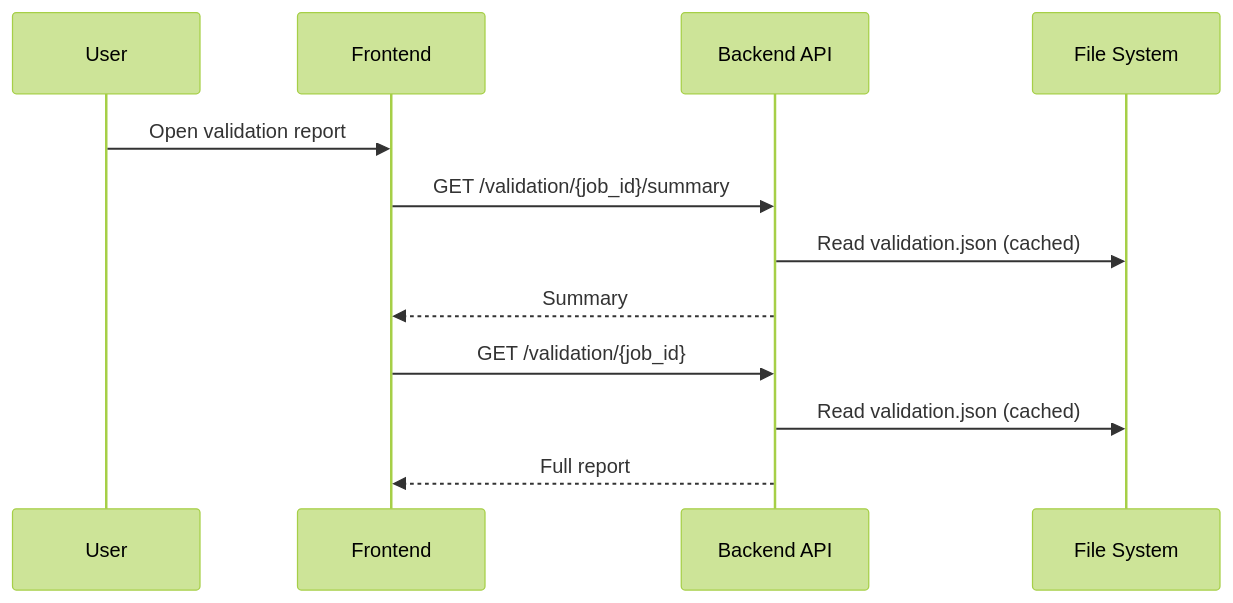
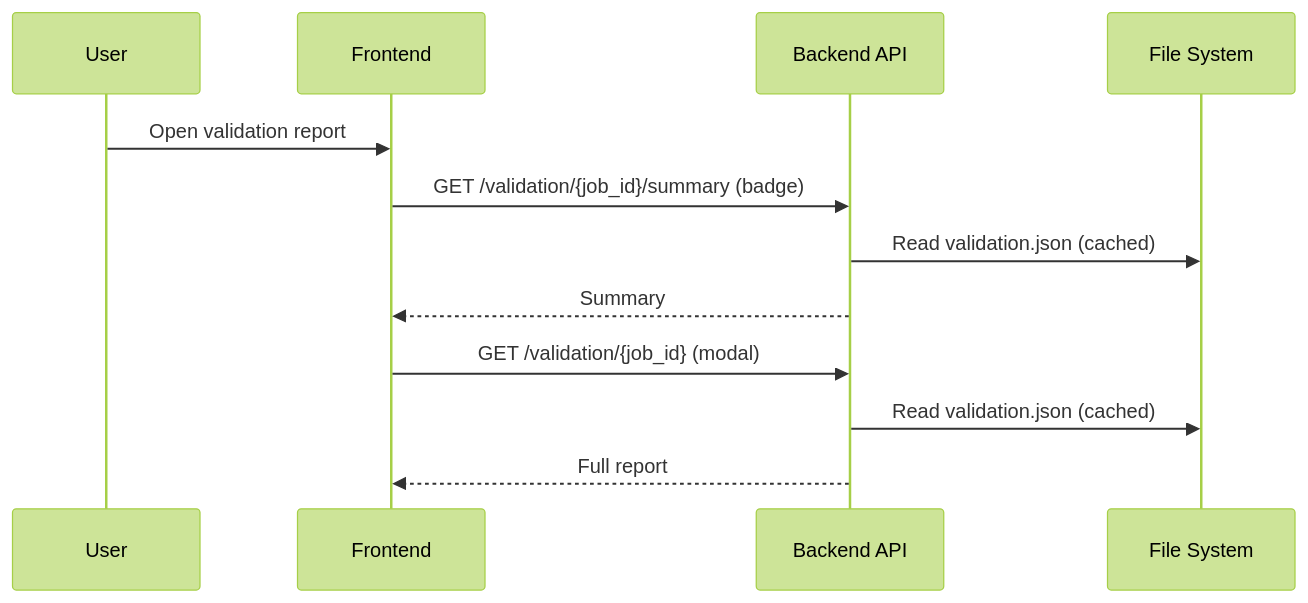
One commit to Naveendinula/DigitalTwin changed the eighth of 8 diagrams in SYSTEM_MAP.md. Above: the diagram before and after it, drawn with Mermaid (forest theme). The commit also changed 5 other files, not shown here.

First line of the commit message:
Improve button and modal styles, update docs for validation

````diff
--- a/SYSTEM_MAP.md
+++ b/SYSTEM_MAP.md
@@ -242,15 +242,15 @@
 ```mermaid
 sequenceDiagram
     participant User
     participant UI as Frontend
     participant API as Backend API
     participant FS as File System
 
     User->>UI: Open validation report
-    UI->>API: GET /validation/{job_id}/summary
+    UI->>API: GET /validation/{job_id}/summary (badge)
     API->>FS: Read validation.json (cached)
     API-->>UI: Summary
-    UI->>API: GET /validation/{job_id}
+    UI->>API: GET /validation/{job_id} (modal)
     API->>FS: Read validation.json (cached)
     API-->>UI: Full report
 ```
````
